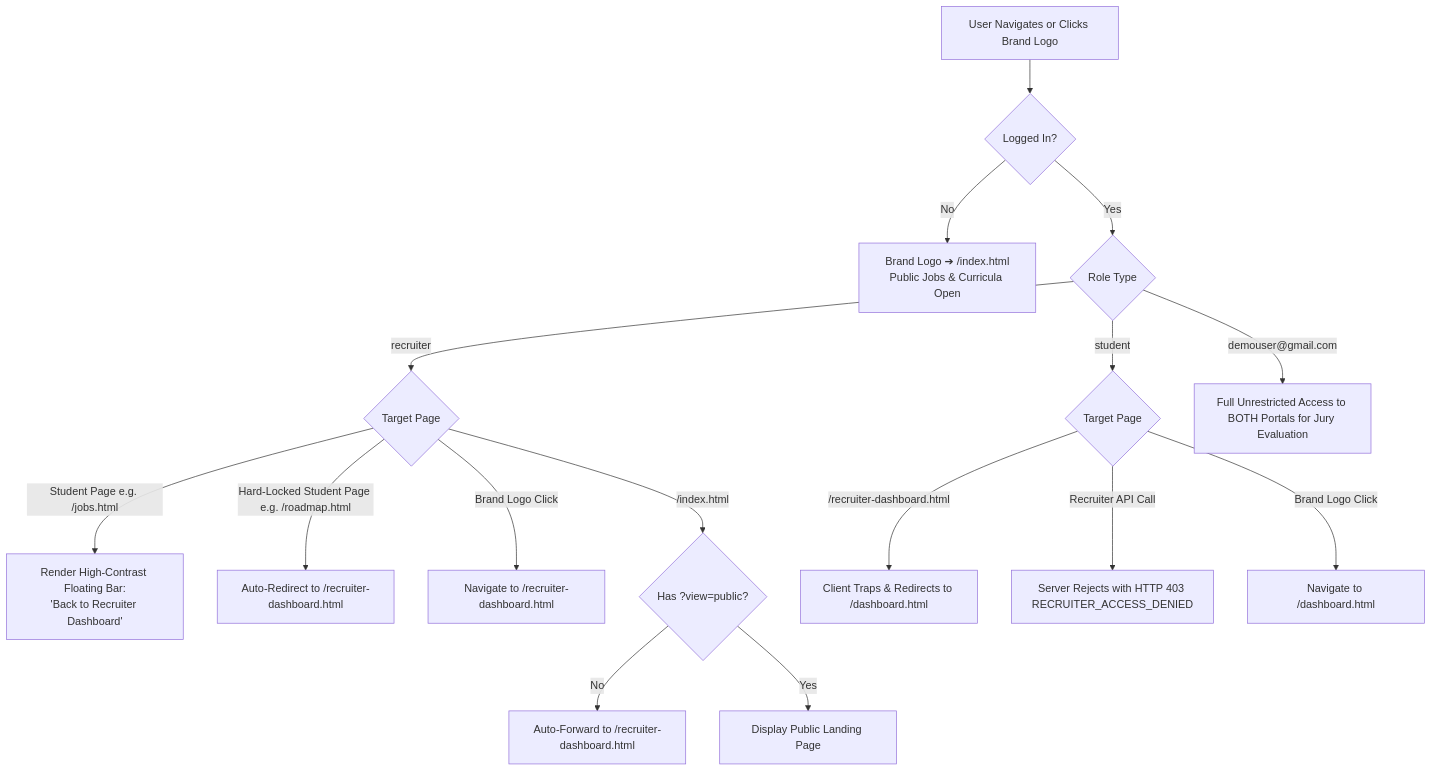
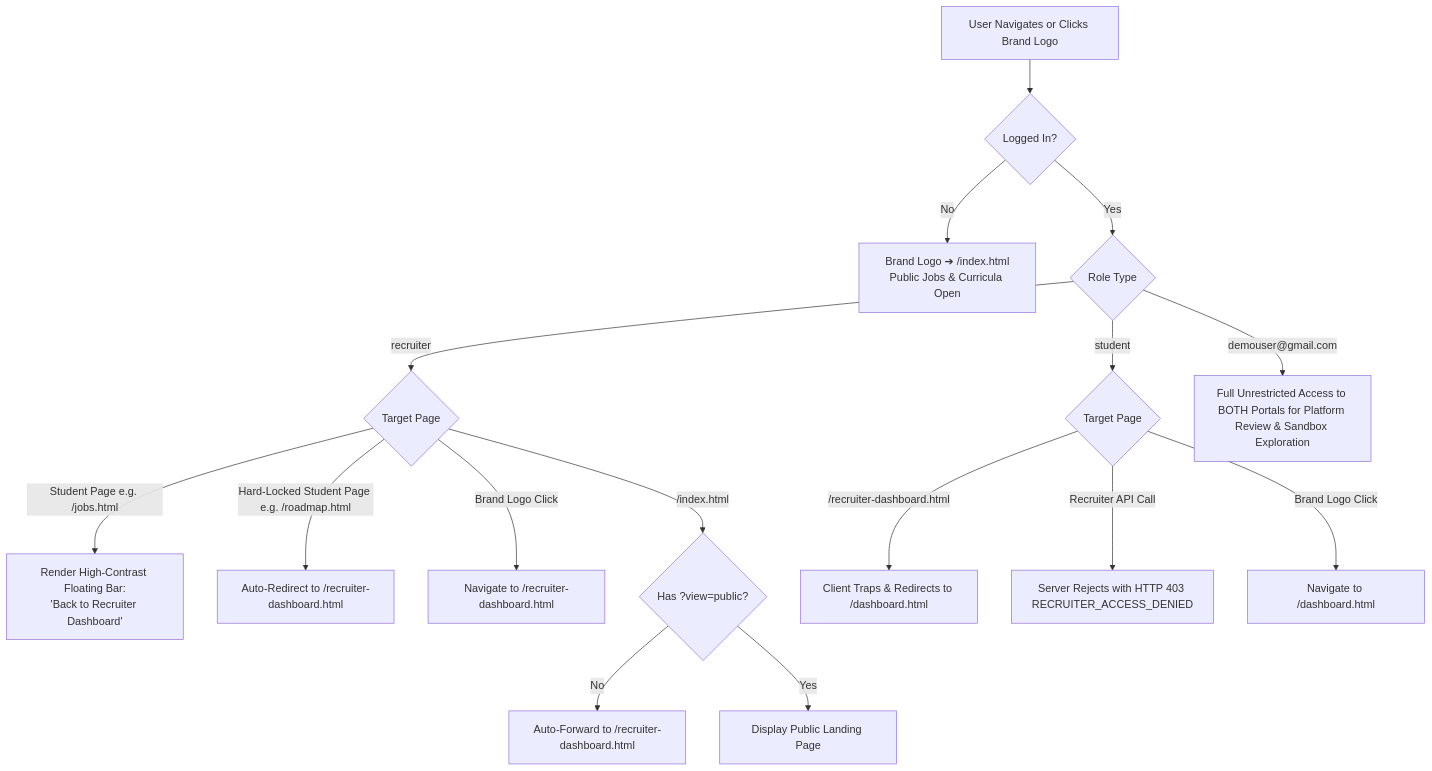
One commit to parthpatil1234p-svg/disheera changed the tenth of 10 diagrams in docs/APP-FLOW.md. Above: the diagram before and after it, drawn with Mermaid. The commit also changed other lines of this file and 27 other files, not shown here.

````diff
--- a/docs/APP-FLOW.md
+++ b/docs/APP-FLOW.md
@@ -247,23 +247,23 @@
 ```mermaid
 flowchart TD
     UserAction[User Navigates or Clicks Brand Logo] --> CheckAuth{Logged In?}
     
     CheckAuth -- No --> GuestNav[Brand Logo ➔ /index.html<br/>Public Jobs & Curricula Open]
     
     CheckAuth -- Yes --> RoleSwitch{Role Type}
     
     RoleSwitch -- "recruiter" --> RecruiterBranch{Target Page}
     RecruiterBranch -- Student Page e.g. /jobs.html --> FloatingPill[Render High-Contrast Floating Bar:<br/>'Back to Recruiter Dashboard']
     RecruiterBranch -- Hard-Locked Student Page e.g. /roadmap.html --> ForceRecruiterDash[Auto-Redirect to /recruiter-dashboard.html]
     RecruiterBranch -- Brand Logo Click --> GoRecruiterDash[Navigate to /recruiter-dashboard.html]
     RecruiterBranch -- /index.html --> CheckQuery{Has ?view=public?}
     CheckQuery -- No --> AutoForward[Auto-Forward to /recruiter-dashboard.html]
     CheckQuery -- Yes --> AllowPublic[Display Public Landing Page]
     
     RoleSwitch -- "student" --> StudentBranch{Target Page}
     StudentBranch -- /recruiter-dashboard.html --> TrapStudent[Client Traps & Redirects to /dashboard.html]
     StudentBranch -- Recruiter API Call --> Block403[Server Rejects with HTTP 403 RECRUITER_ACCESS_DENIED]
     StudentBranch -- Brand Logo Click --> GoStudentDash[Navigate to /dashboard.html]
     
-    RoleSwitch -- "demouser@gmail.com" --> DualBypass[Full Unrestricted Access to BOTH Portals for Jury Evaluation]
+    RoleSwitch -- "demouser@gmail.com" --> DualBypass[Full Unrestricted Access to BOTH Portals for Platform Review & Sandbox Exploration]
 ```
````
